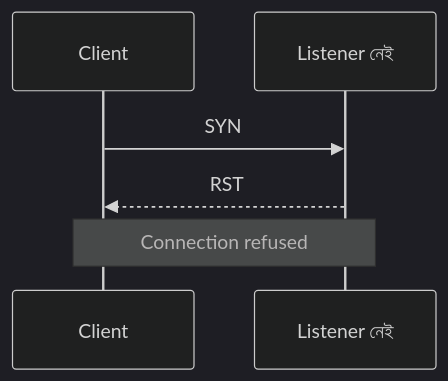
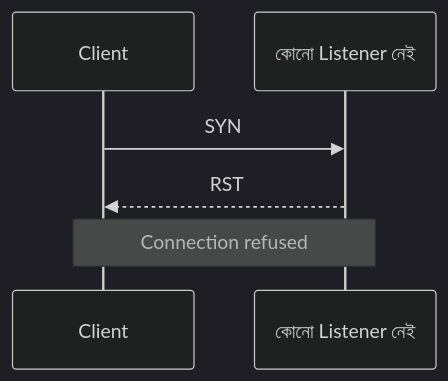
One commit to shomi-khan/red-blue-lab changed the second of 4 diagrams in chapters/02-see-your-network/README.md. Above: the diagram before and after it, drawn with Mermaid (dark theme). The commit also changed other lines of this file, not shown here.

````diff
--- a/chapters/02-see-your-network/README.md
+++ b/chapters/02-see-your-network/README.md
@@ -177,8 +177,8 @@
 ```mermaid
 sequenceDiagram
     participant C as Client
-    participant H as Listener নেই
+    participant H as কোনো Listener নেই
     C->>H: SYN
     H-->>C: RST
     Note over C,H: Connection refused
 ```
````
